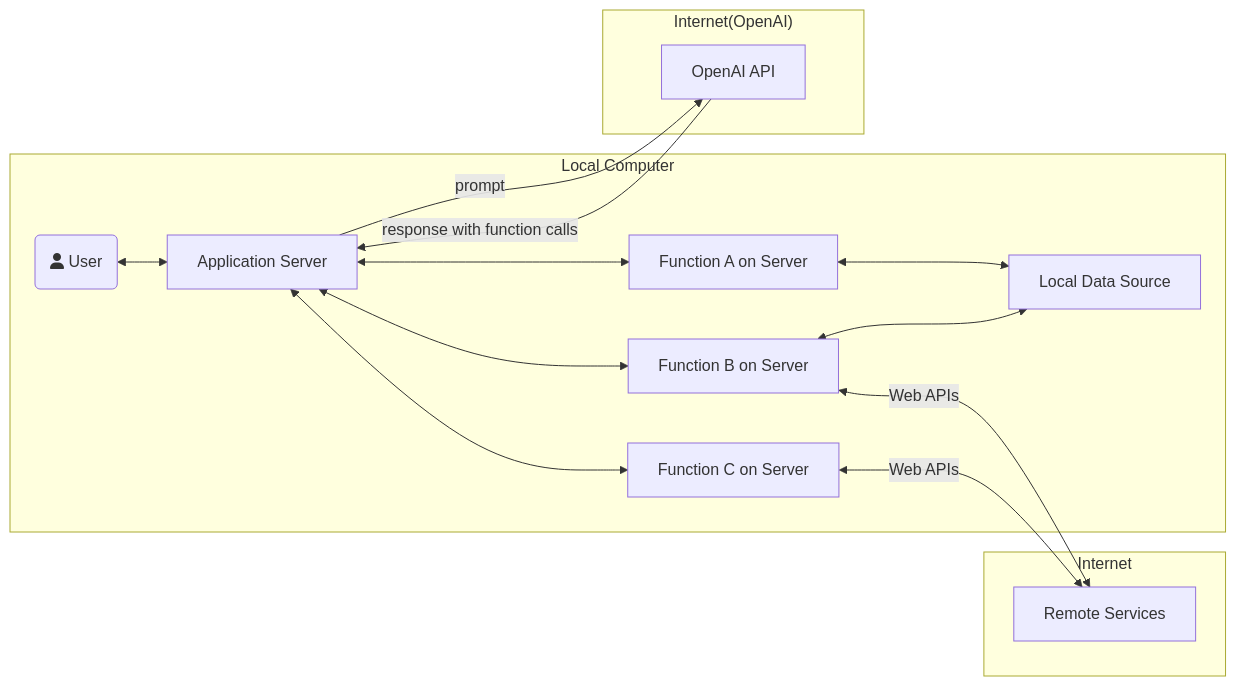
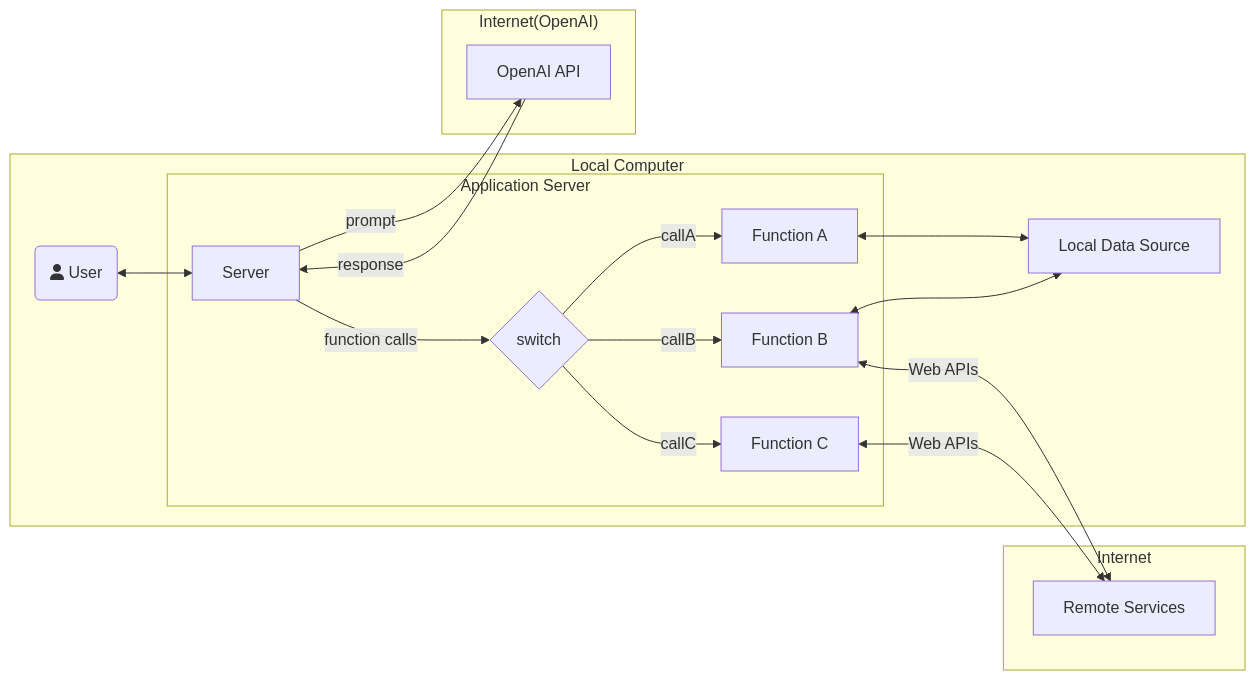
One commit to Alesion30/mcp-playground changed the second of 2 diagrams in README.md. Above: the diagram before and after it, drawn with Mermaid.

````diff
--- a/README.md
+++ b/README.md
@@ -48,31 +48,36 @@
 ```mermaid
 flowchart LR
   User(fa:fa-user User)
-  Server["Application Server"]
+  Server["Server"]
   OpenAI["OpenAI API"]
 
-  Function1["Function A on Server"]
-  Function2["Function B on Server"]
-  Function3["Function C on Server"]
+  Function1["Function A"]
+  Function2["Function B"]
+  Function3["Function C"]
   DB["Local Data Source"]
   Services["Remote Services"]
 
   subgraph Local Computer
   User <--> Server
-  Server <--> Function1
-  Server <--> Function2
-  Server <--> Function3
+
+  subgraph S["Application Server"]
+    Server --> |function calls| Condition{switch}
+    Condition --> |callA| Function1
+    Condition --> |callB| Function2
+    Condition --> |callC| Function3
+  end
+
   Function1 <--> DB
   Function2 <--> DB
   end
 
   subgraph "Internet(OpenAI)"
   Server --> |prompt| OpenAI
-  OpenAI --> |response with function calls| Server
+  OpenAI --> |response| Server
   end
 
   subgraph Internet
   Function2 <--> |Web APIs| Services
   Function3 <--> |Web APIs| Services
   end
 ```
````
